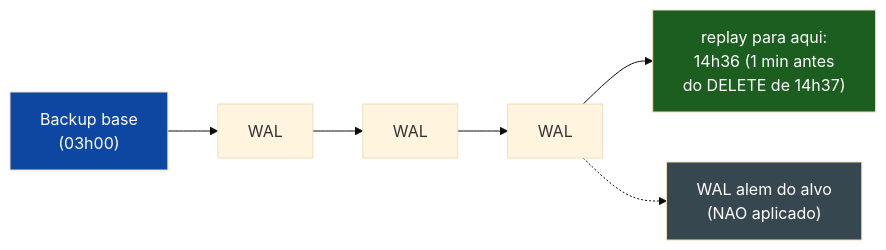
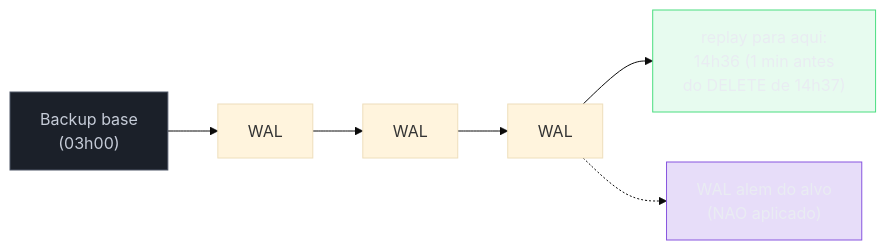
One commit to josenaldo/codex-technomanticus changed the third of 5 diagrams in 03-Dominios/Ciência/Banco de Dados/15 - Operação em produção.md. Above: the diagram before and after it, drawn with Mermaid (base theme). The commit also changed other lines of this file and 1181 other files, not shown here.

First line of the commit message:
fix(diagramas): paleta do sistema no lugar de cor cravada no markdown

````diff
--- a/03-Dominios/Ciência/Banco de Dados/15 - Operação em produção.md
+++ b/03-Dominios/Ciência/Banco de Dados/15 - Operação em produção.md
@@ -156,11 +161,14 @@
 ```mermaid
 flowchart LR
+    classDef neutro fill:#1B2029,stroke:#4E5666,color:#C6CCD8
+    classDef ok fill:#4ADE8021,stroke:#4ADE80,color:#E9ECF2
+    classDef marca fill:#8855DF33,stroke:#8855DF,color:#E9ECF2
     BB["Backup base<br/>(03h00)"] --> W1["WAL"]
     W1 --> W2["WAL"]
     W2 --> W3["WAL"]
     W3 --> T["replay para aqui:<br/>14h36 (1 min antes<br/>do DELETE de 14h37)"]
     W3 -.-> X["WAL alem do alvo<br/>(NAO aplicado)"]
-    style BB fill:#0d47a1,color:#fff
-    style T fill:#1b5e20,color:#fff
-    style X fill:#37474f,color:#fff
+    class BB neutro
+    class T ok
+    class X marca
 ```
````
